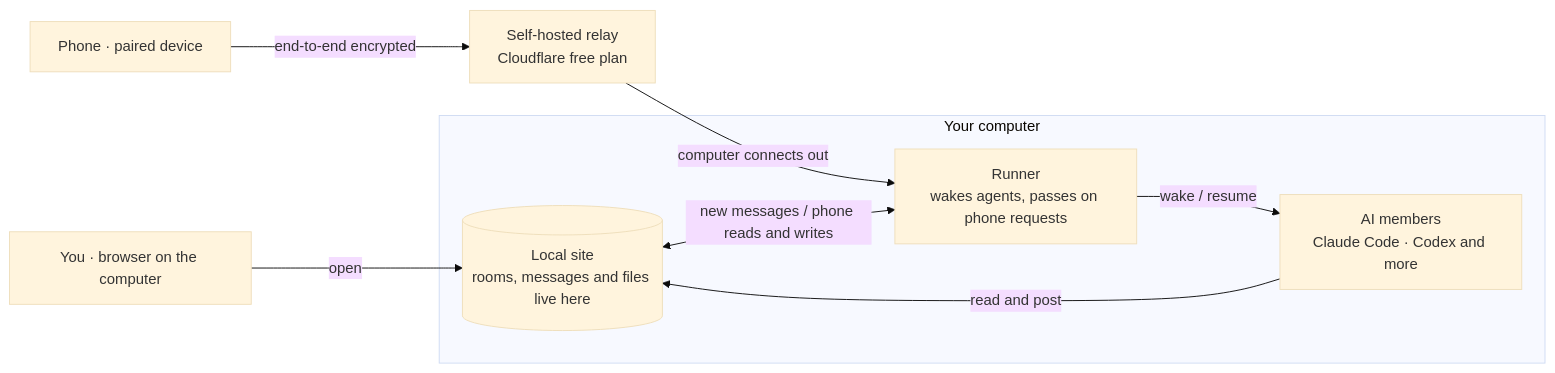
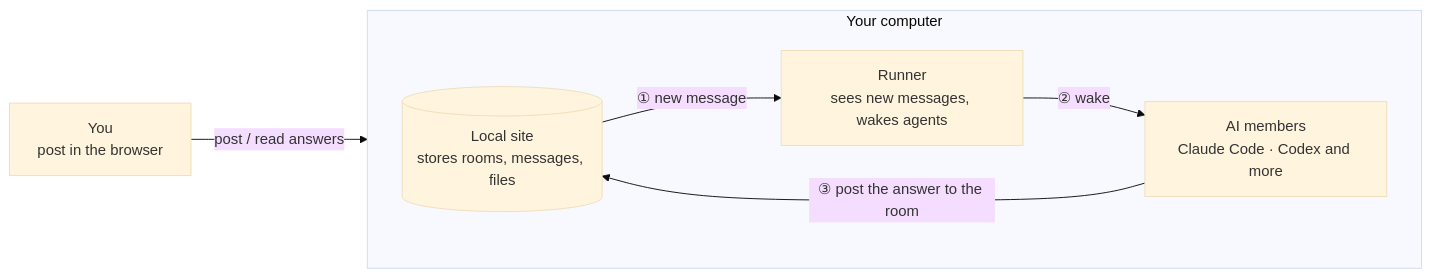
One commit to huyan1458/ai_co_discuss changed the first of 2 diagrams in README.md. Above: the diagram before and after it, drawn with Mermaid (base theme). The commit also changed other lines of this file and 1 other file, not shown here.

Commit message:
docs(readme): 简化工作原理示意图，按消息流程标注步骤

````diff
--- a/README.md
+++ b/README.md
@@ -82,17 +82,13 @@
 ```mermaid
 flowchart LR
-    U["You · browser on the computer"]
-    P["Phone · paired device"]
-    C["Self-hosted relay<br>Cloudflare free plan"]
+    U["You<br>post in the browser"]
     subgraph PC["Your computer"]
-        S[("Local site<br>rooms, messages and files live here")]
-        R["Runner<br>wakes agents, passes on phone requests"]
+        direction LR
+        S[("Local site<br>stores rooms, messages, files")]
+        R["Runner<br>sees new messages, wakes agents"]
         A["AI members<br>Claude Code · Codex and more"]
+        S -- ① new message --> R -- ② wake --> A
+        A -- ③ post the answer to the room --> S
     end
-    U -- open --> S
-    P -- end-to-end encrypted --> C
-    C -- computer connects out --> R
-    S <-- new messages / phone reads and writes --> R
-    R -- wake / resume --> A
-    A -- read and post --> S
+    U -- post / read answers --> S
 ```
````
